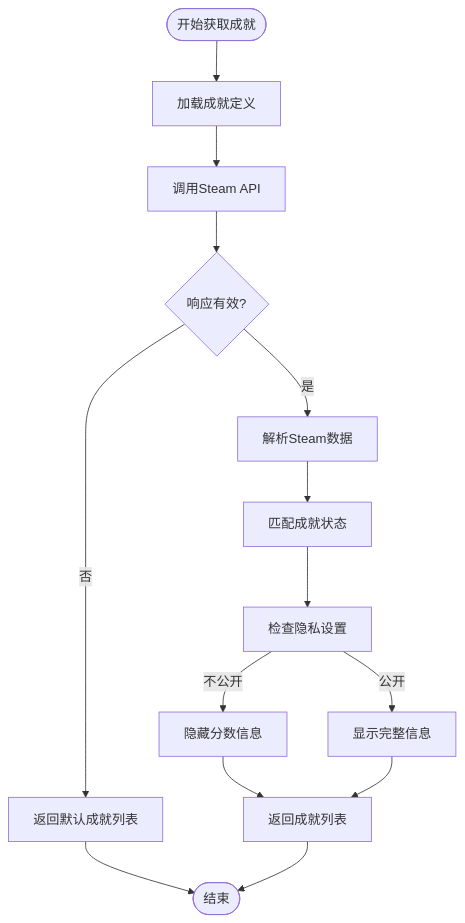
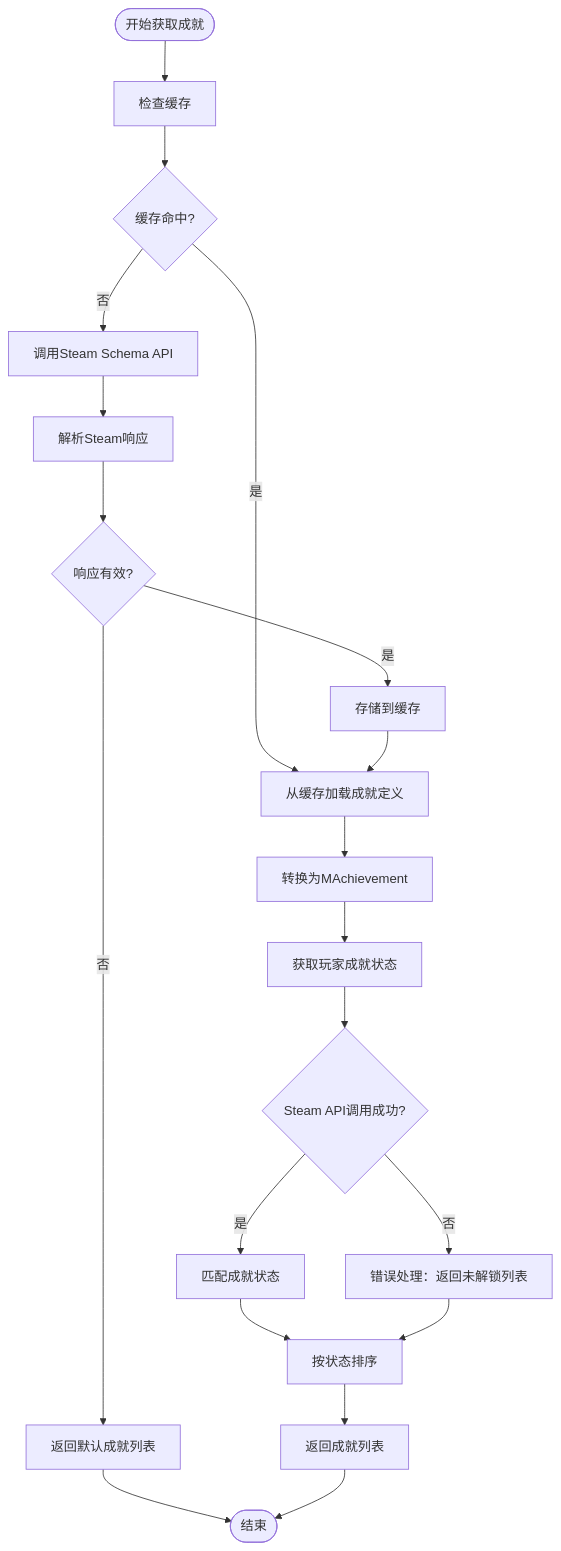
The fourth of 6 diagrams in .qoder/repowiki/zh/content/后端 API 服务/用户管理模块/成就系统.md (TinyMaD/SpeedRunnersLab), drawn with Mermaid before and after one commit. The commit also changed other lines of this file and 9 other files, not shown here.

````diff
--- a/.qoder/repowiki/zh/content/后端 API 服务/用户管理模块/成就系统.md
+++ b/.qoder/repowiki/zh/content/后端 API 服务/用户管理模块/成就系统.md
@@ -196,16 +249,22 @@
 ```mermaid
 flowchart TD
-Start([开始获取成就]) --> LoadDefs[加载成就定义]
-LoadDefs --> CallSteam[调用Steam API]
-CallSteam --> CheckResponse{响应有效?}
-CheckResponse --> |否| ReturnDefault[返回默认成就列表]
-CheckResponse --> |是| ParseData[解析Steam数据]
-ParseData --> MatchAchievements[匹配成就状态]
-MatchAchievements --> CheckPrivacy[检查隐私设置]
-CheckPrivacy --> |不公开| HideScore[隐藏分数信息]
-CheckPrivacy --> |公开| ShowScore[显示完整信息]
-HideScore --> ReturnResult[返回成就列表]
-ShowScore --> ReturnResult
+Start([开始获取成就]) --> CheckCache[检查缓存]
+CheckCache --> CacheHit{缓存命中?}
+CacheHit --> |是| LoadFromCache[从缓存加载成就定义]
+CacheHit --> |否| CallSteamAPI[调用Steam Schema API]
+CallSteamAPI --> ParseResponse[解析Steam响应]
+ParseResponse --> CheckSuccess{响应有效?}
+CheckSuccess --> |否| ReturnDefault[返回默认成就列表]
+CheckSuccess --> |是| StoreInCache[存储到缓存]
+StoreInCache --> LoadFromCache
+LoadFromCache --> ConvertToAchievements[转换为MAchievement]
+ConvertToAchievements --> GetPlayerAchievements[获取玩家成就状态]
+GetPlayerAchievements --> CheckSteamSuccess{Steam API调用成功?}
+CheckSteamSuccess --> |否| HandleError[错误处理：返回未解锁列表]
+CheckSteamSuccess --> |是| MatchAchievements[匹配成就状态]
+MatchAchievements --> SortResults[按状态排序]
+HandleError --> SortResults
+SortResults --> ReturnResult[返回成就列表]
 ReturnDefault --> End([结束])
 ReturnResult --> End
 ```
````
